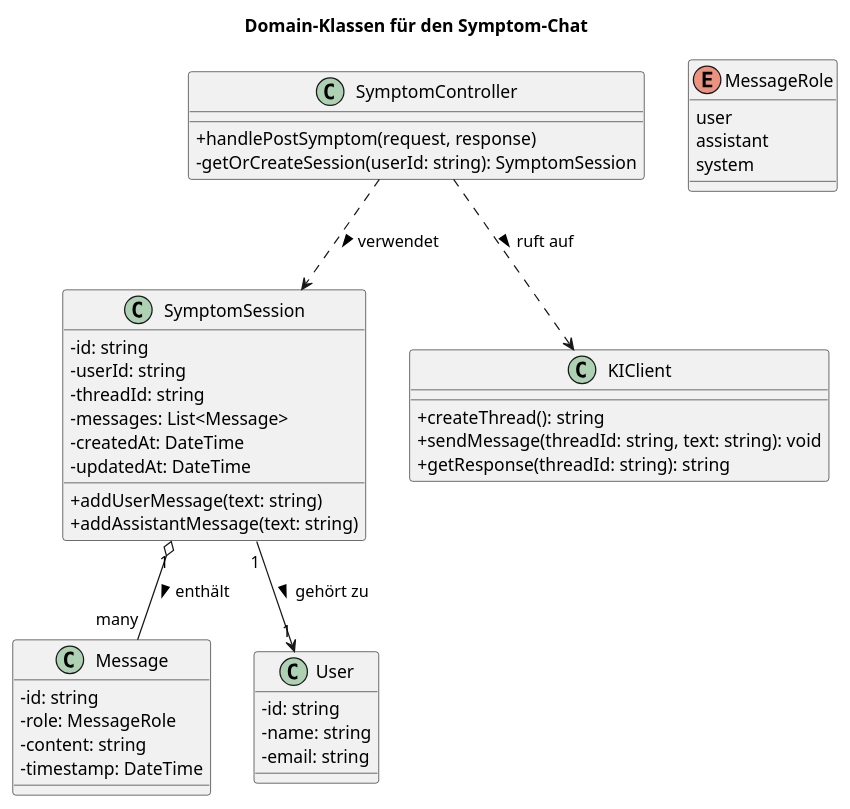
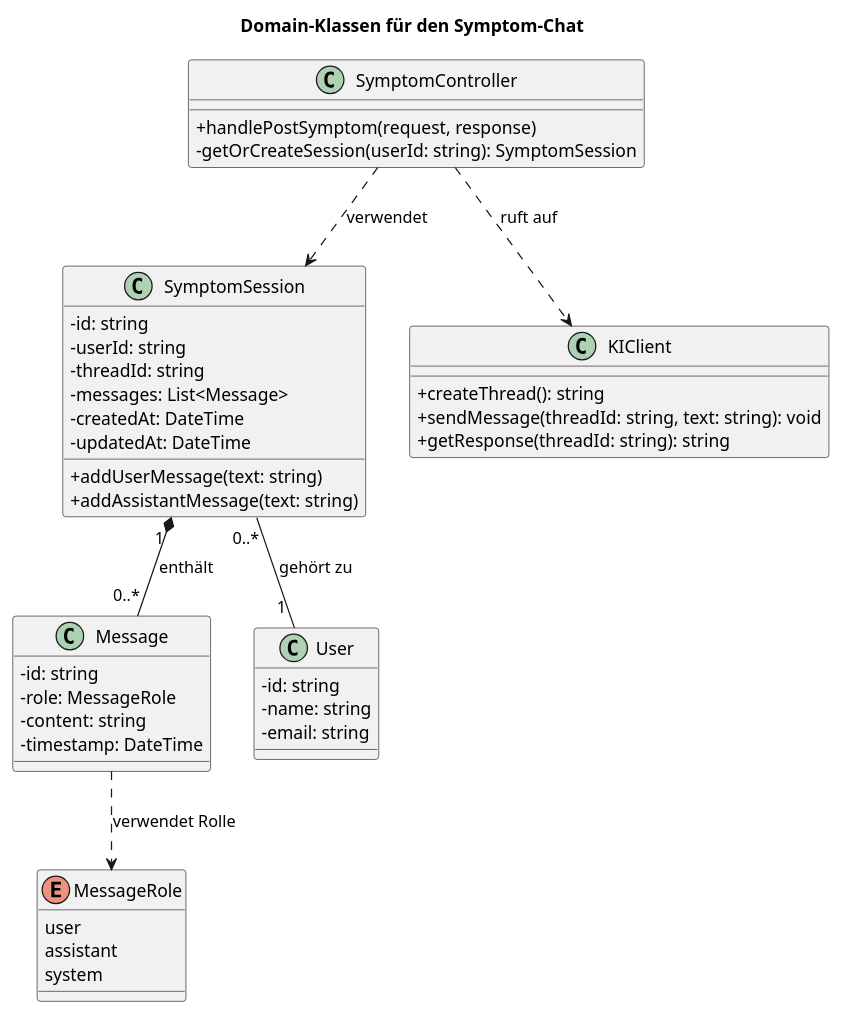
Before and after one commit to Himan-Herman/entscheidungs-app-imac-: the diagram in docs/uml/symptom_classes.puml, drawn with PlantUML. The commit also changed 2 other files, not shown here.

```diff
--- a/docs/uml/symptom_classes.puml
+++ b/docs/uml/symptom_classes.puml
@@ -1,53 +1,58 @@
 @startuml symptom_classes
 skinparam classAttributeIconSize 0
 
 title Domain-Klassen für den Symptom-Chat
 
 class SymptomSession {
   - id: string
   - userId: string
   - threadId: string
   - messages: List<Message>
   - createdAt: DateTime
   - updatedAt: DateTime
   + addUserMessage(text: string)
   + addAssistantMessage(text: string)
 }
 
 class Message {
   - id: string
   - role: MessageRole
   - content: string
   - timestamp: DateTime
 }
 
 enum MessageRole {
   user
   assistant
   system
 }
 
 class SymptomController {
   + handlePostSymptom(request, response)
   - getOrCreateSession(userId: string): SymptomSession
 }
 
 class KIClient {
   + createThread(): string
   + sendMessage(threadId: string, text: string): void
   + getResponse(threadId: string): string
 }
 
 class User {
   - id: string
   - name: string
   - email: string
 }
 
-SymptomSession "1" o-- "many" Message : enthält >
-SymptomSession "1" --> "1" User : gehört zu >
+' HRW-konforme Beziehungen:
+SymptomSession " 1 " *-- "0..*" Message : enthält 
+SymptomSession "0..*"  -- " 1 " User : gehört zu 
 
-SymptomController ..> SymptomSession : verwendet >
-SymptomController ..> KIClient : ruft auf >
+
+SymptomController ..> SymptomSession : verwendet 
+SymptomController ..> KIClient : ruft auf 
+
+' Optional, wenn du die Rolle-Beziehung explizit zeigen willst:
+Message ..> MessageRole : verwendet Rolle 
 
 @enduml
```
